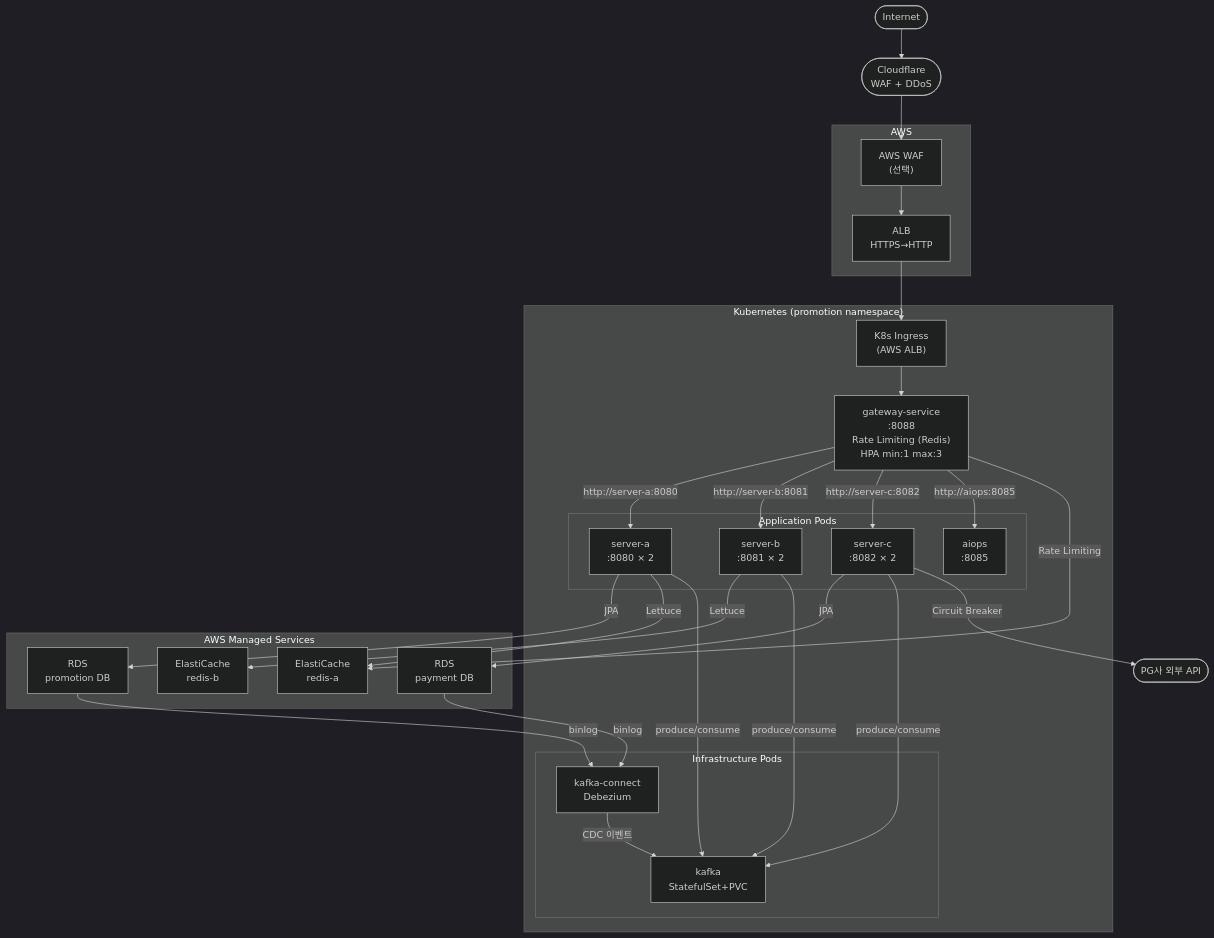
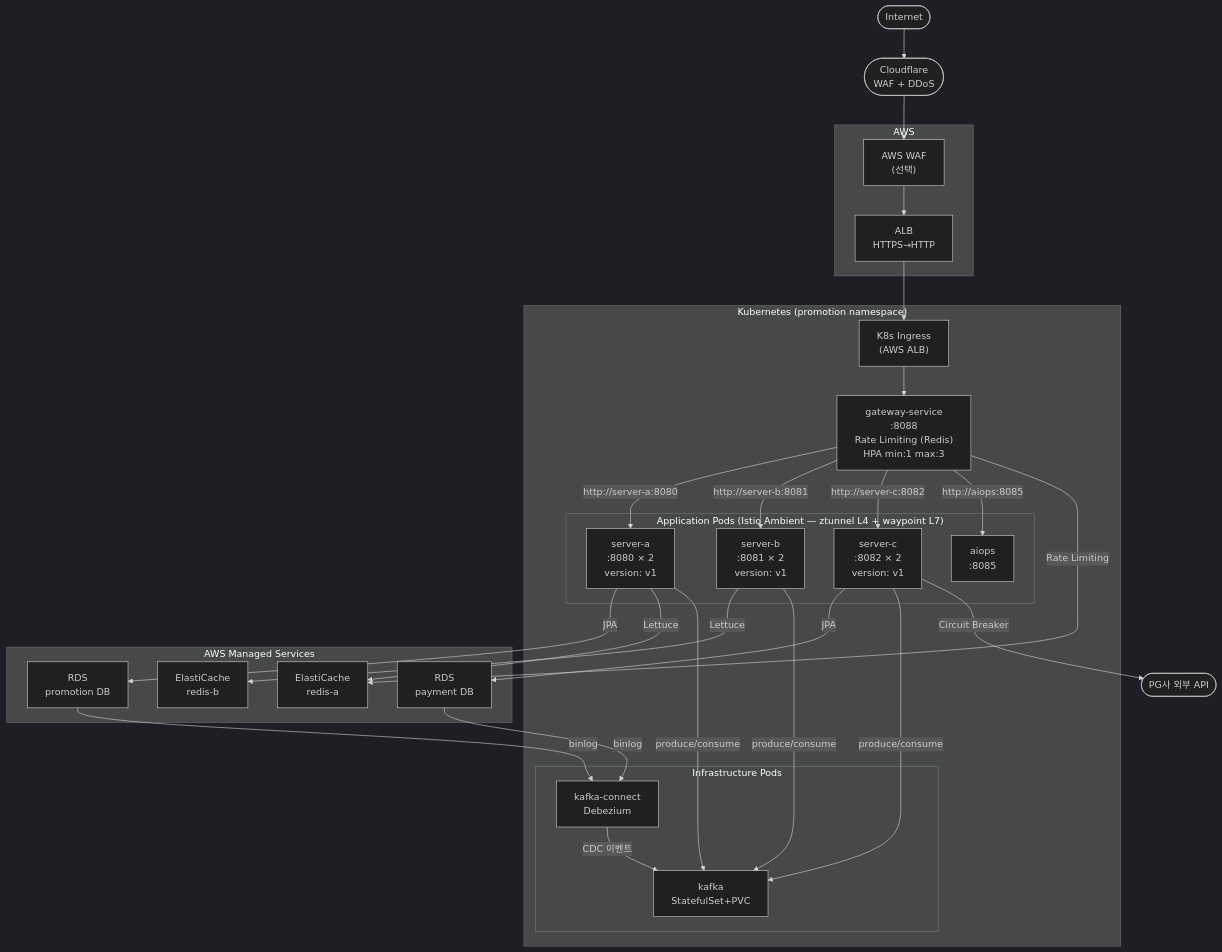
Before and after one commit to michi2012/goods-promotion-project: the second of 3 diagrams in docs/infra-diagram.md, drawn with Mermaid (dark theme). The commit also changed other lines of this file and 5 other files, not shown here.

First line of the commit message:
docs: Istio Ambient 도입 및 AIOps 트래픽 제어 반영

````diff
--- a/docs/infra-diagram.md
+++ b/docs/infra-diagram.md
@@ -75,57 +75,57 @@
 ```mermaid
 flowchart TD
     Internet(["Internet"])
     CF(["Cloudflare\nWAF + DDoS"])
 
     subgraph AWS["AWS"]
         ALB["ALB\nHTTPS→HTTP"]
         WAF["AWS WAF\n(선택)"]
     end
 
     subgraph K8s["Kubernetes (promotion namespace)"]
         ING["K8s Ingress\n(AWS ALB)"]
         GW["gateway-service\n:8088\nRate Limiting (Redis)\nHPA min:1 max:3"]
 
-        subgraph App["Application Pods"]
-            A["server-a\n:8080 × 2"]
-            B["server-b\n:8081 × 2"]
-            C["server-c\n:8082 × 2"]
+        subgraph App["Application Pods (Istio Ambient — ztunnel L4 + waypoint L7)"]
+            A["server-a\n:8080 × 2\nversion: v1"]
+            B["server-b\n:8081 × 2\nversion: v1"]
+            C["server-c\n:8082 × 2\nversion: v1"]
             AIO["aiops\n:8085"]
         end
 
         subgraph Infra["Infrastructure Pods"]
             KF["kafka\nStatefulSet+PVC"]
             KC["kafka-connect\nDebezium"]
         end
     end
 
     subgraph AWSManaged["AWS Managed Services"]
         RDS_A["RDS\npromotion DB"]
         RDS_C["RDS\npayment DB"]
         EC_A["ElastiCache\nredis-a"]
         EC_B["ElastiCache\nredis-b"]
     end
 
     PG(["PG사 외부 API"])
 
     Internet --> CF --> WAF --> ALB --> ING --> GW
     GW -->|"http://server-a:8080"| A
     GW -->|"http://server-b:8081"| B
     GW -->|"http://server-c:8082"| C
     GW -->|"http://aiops:8085"| AIO
 
     A -->|"JPA"| RDS_A
     A -->|"Lettuce"| EC_A
     A -->|"produce/consume"| KF
     B -->|"Lettuce"| EC_B
     B -->|"produce/consume"| KF
     C -->|"JPA"| RDS_C
     C -->|"produce/consume"| KF
     GW -->|"Rate Limiting"| EC_A
 
     RDS_A -->|"binlog"| KC
     RDS_C -->|"binlog"| KC
     KC -->|"CDC 이벤트"| KF
 
     C -->|"Circuit Breaker"| PG
 ```
````
